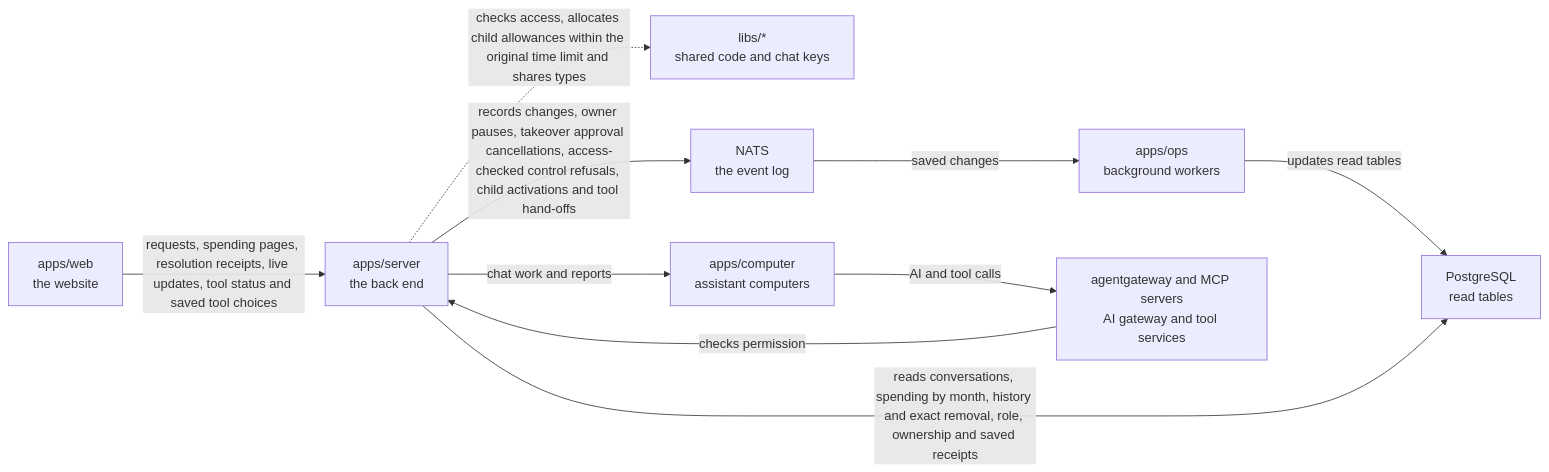
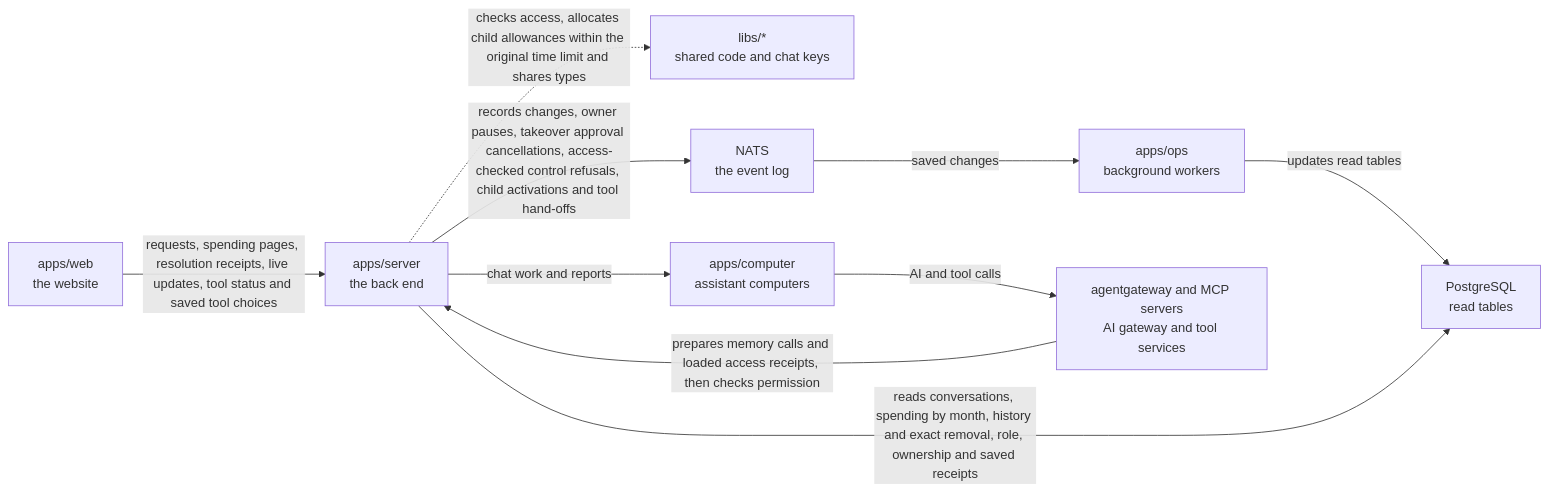
Before and after one commit to elewa-git/opencrane-new: the diagram in apps/server/README.md, drawn with Mermaid. The commit also changed other lines of this file and 25 other files, not shown here.

First line of the commit message:
🛡️ Memory recall, correction and forgetting prepare their slow reads first, so valid requests no longer time out and every access check still runs (#525)

````diff
--- a/apps/server/README.md
+++ b/apps/server/README.md
@@ -44,12 +49,12 @@
 ```mermaid
 flowchart LR
   web["apps/web<br/>the website"] -->|requests, spending pages, resolution receipts, live updates, tool status and saved tool choices| server["apps/server<br/>the back end"]
   server -.->|checks access, allocates child allowances within the original time limit and shares types| libs["libs/*<br/>shared code and chat keys"]
   server -->|records changes, owner pauses, takeover approval cancellations, access-checked control refusals, child activations and tool hand-offs| nats["NATS<br/>the event log"]
   nats -->|saved changes| ops["apps/ops<br/>background workers"]
   ops -->|updates read tables| postgres["PostgreSQL<br/>read tables"]
   server -->|reads conversations, spending by month, history and exact removal, role, ownership and saved receipts| postgres
   server -->|chat work and reports| computer["apps/computer<br/>assistant computers"]
   computer -->|AI and tool calls| runtime["agentgateway and MCP servers<br/>AI gateway and tool services"]
-  runtime -->|checks permission| server
+  runtime -->|prepares memory calls and loaded access receipts, then checks permission| server
 ```
````
